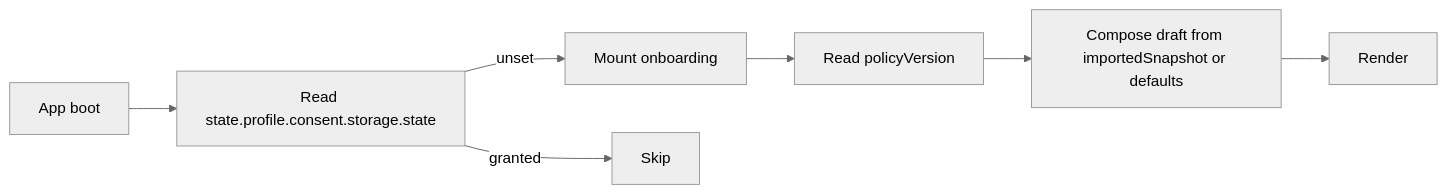
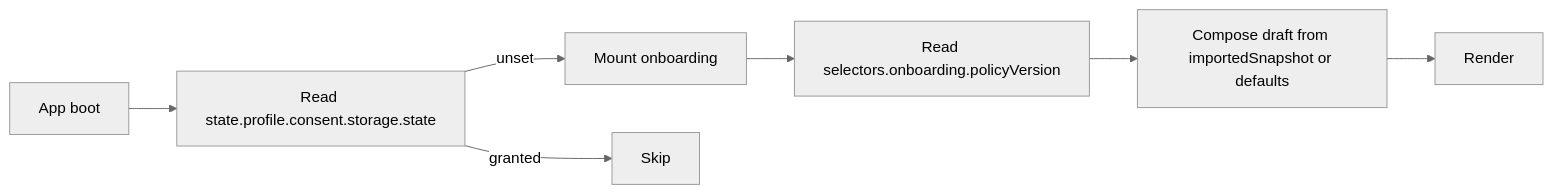
One commit to SunaNoOshiro/Heroes_Reforged_AI_Realms changed the second of 6 diagrams in docs/architecture/wiki/screens/76-onboarding-consent/architecture.md. Above: the diagram before and after it, drawn with Mermaid (neutral theme). The commit also changed other lines of this file and 518 other files, not shown here.

First line of the commit message:
Add doc-audit skill and sweep architecture/screen docs

````diff
--- a/docs/architecture/wiki/screens/76-onboarding-consent/architecture.md
+++ b/docs/architecture/wiki/screens/76-onboarding-consent/architecture.md
@@ -36,9 +53,9 @@
 ```mermaid
 flowchart LR
   L0["App boot"] --> L1["Read state.profile.consent.storage.state"]
   L1 -->|"unset"| L2["Mount onboarding"]
   L1 -->|"granted"| L3["Skip"]
-  L2 --> L4["Read policyVersion"]
+  L2 --> L4["Read selectors.onboarding.policyVersion"]
   L4 --> L5["Compose draft from importedSnapshot or defaults"]
   L5 --> L6["Render"]
 ```
````
